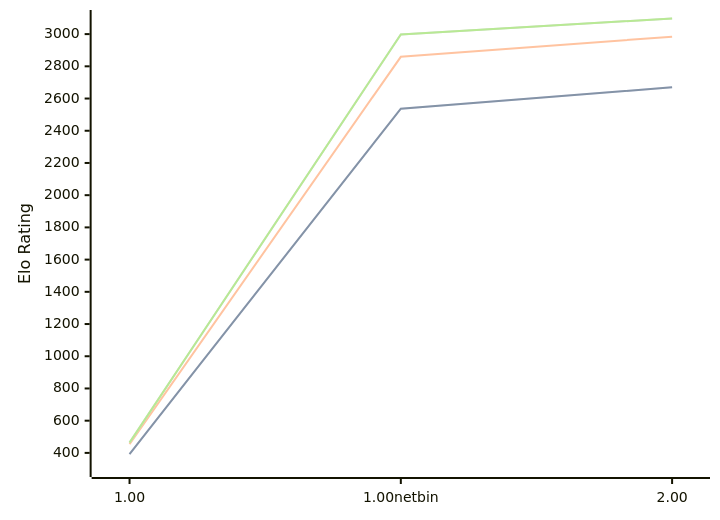
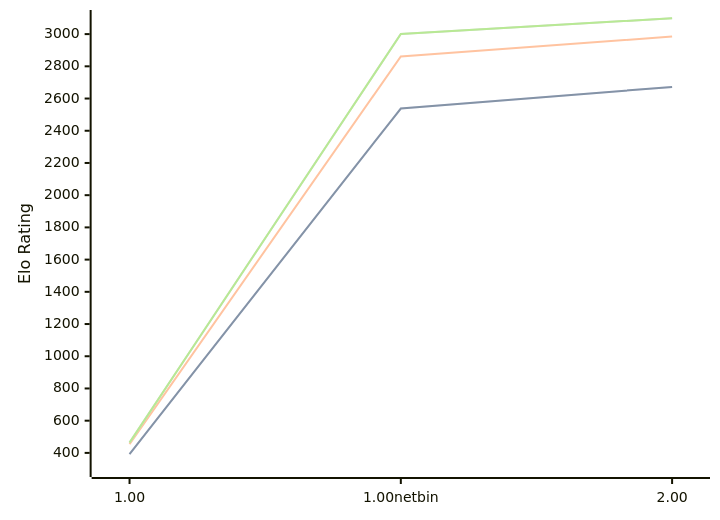
Before and after one commit to computer-chess-index/cci: the diagram in engines/Gilipol.md, drawn with Mermaid. The commit also changed other lines of this file, not shown here.

Commit message:
Update CCI Ratings (ELO VLTC) - 2026-08-22

````diff
--- a/engines/Gilipol.md
+++ b/engines/Gilipol.md
@@ -33,11 +33,11 @@
 ```mermaid
 %%{init: {"theme":"base","themeVariables":{"seriesColors:['#a3a3a3','#222221','#faa371']}}}%%
 xychart-beta
   x-axis ["1.00", "1.00netbin", "2.00"]
   y-axis "Elo Rating" 300 --> 3100
-  line "STC (8.0+0.08s)" [393, 2537, 2670]
-  line "STC (8.0+0.08s)" [393, 2537, 2670]
-  line "LTC (60.0+0.60s)" [454, 2859, 2984]
-  line "VLTC (2m24s+1.12s)" [464, 2998, 3097]
-  line "VLTC (2m24s+1.12s)" [464, 2998, 3097]
+  line "STC (8.0+0.08s)" [393, 2538, 2672]
+  line "STC (8.0+0.08s)" [393, 2538, 2672]
+  line "LTC (60.0+0.60s)" [454, 2861, 2985]
+  line "VLTC (2m24s+1.12s)" [464, 3001, 3098]
+  line "VLTC (2m24s+1.12s)" [464, 3001, 3098]
 ```
````
